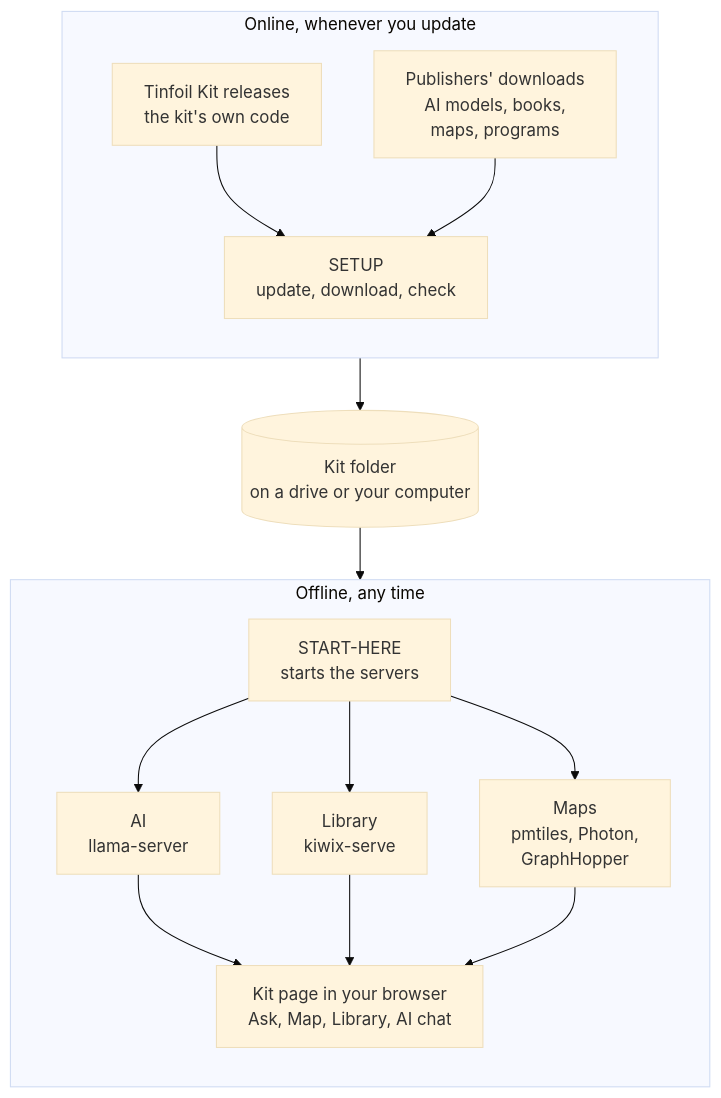
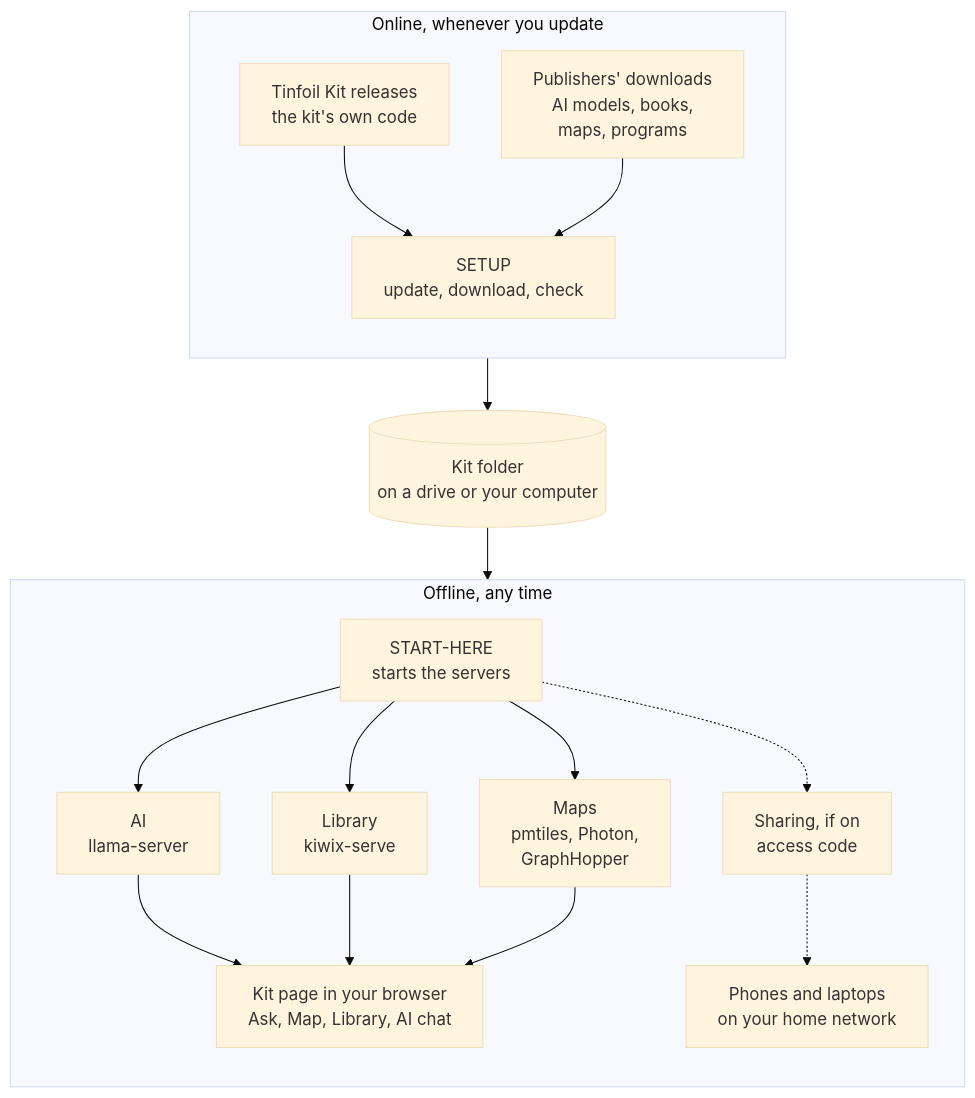
The diagram in README.md (tudor-city-ventures/tinfoil-kit), drawn with Mermaid (base theme) before and after one commit. The commit also changed other lines of this file and 4 other files, not shown here.

First line of the commit message:
Docs: sharing behind an access code, and home servers

````diff
--- a/README.md
+++ b/README.md
@@ -19,23 +19,25 @@
 ```mermaid
 %%{init: {"flowchart": {"wrappingWidth": 300}}}%%
 flowchart TB
   subgraph online["Online, whenever you update"]
     direction TB
     releases["Tinfoil Kit releases<br/>the kit's own code"] --> setup
     publishers["Publishers' downloads<br/>AI models, books,<br/>maps, programs"] --> setup
     setup["SETUP<br/>update, download, check"]
   end
   folder[("Kit folder<br/>on a drive or your computer")]
   subgraph offline["Offline, any time"]
     direction TB
     start["START-HERE<br/>starts the servers"]
     start --> ai["AI<br/>llama-server"]
     start --> library["Library<br/>kiwix-serve"]
     start --> maps["Maps<br/>pmtiles, Photon,<br/>GraphHopper"]
     ai --> page
     library --> page
     maps --> page
     page["Kit page in your browser<br/>Ask, Map, Library, AI chat"]
+    start -.-> gate["Sharing, if on<br/>access code"]
+    gate -.-> phones["Phones and laptops<br/>on your home network"]
   end
   online --> folder --> offline
 ```
````
